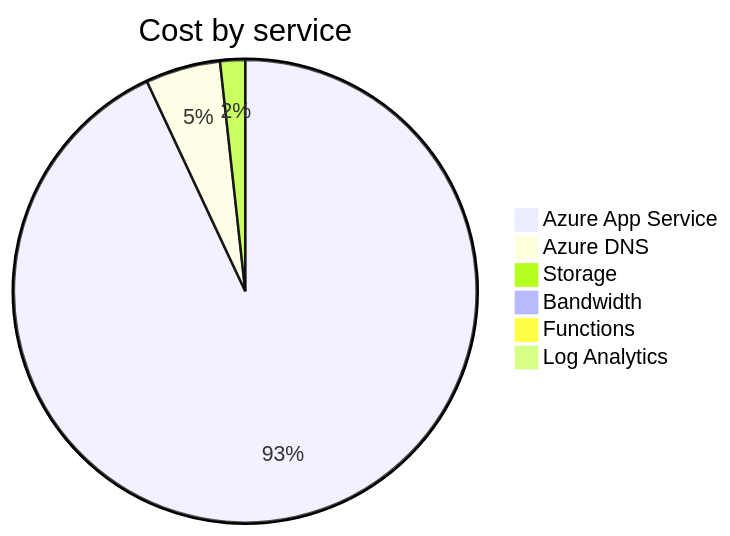
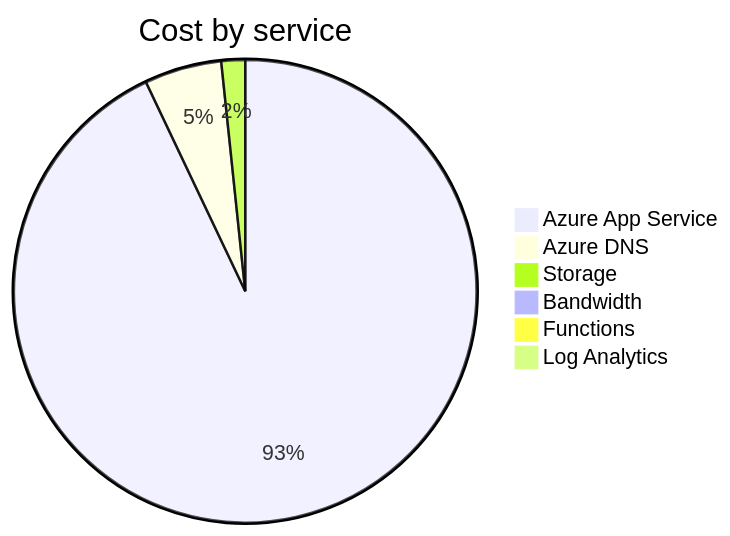
One commit to jpfulton/azure-personal-reports changed the second of 4 diagrams in cost-reports/accumulated-cost.md. Above: the diagram before and after it, drawn with Mermaid. The commit also changed other lines of this file and 4 other files, not shown here.

````diff
--- a/cost-reports/accumulated-cost.md
+++ b/cost-reports/accumulated-cost.md
@@ -100,10 +100,10 @@
 ```mermaid
 pie
    title Cost by service
-   "Azure App Service" : 1.60
-   "Azure DNS" : 0.09
-   "Storage" : 0.03
+   "Azure App Service" : 2.24
+   "Azure DNS" : 0.13
+   "Storage" : 0.04
    "Bandwidth" : 0.00
    "Functions" : 0.00
    "Log Analytics" : 0.00
 ```
````
